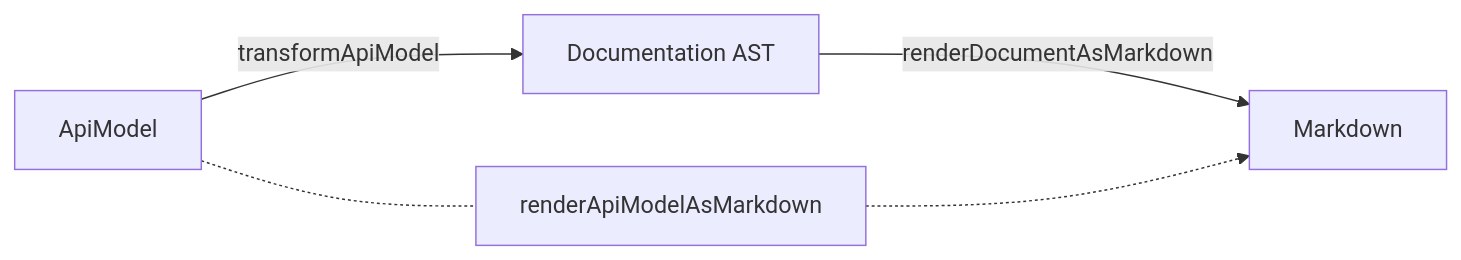
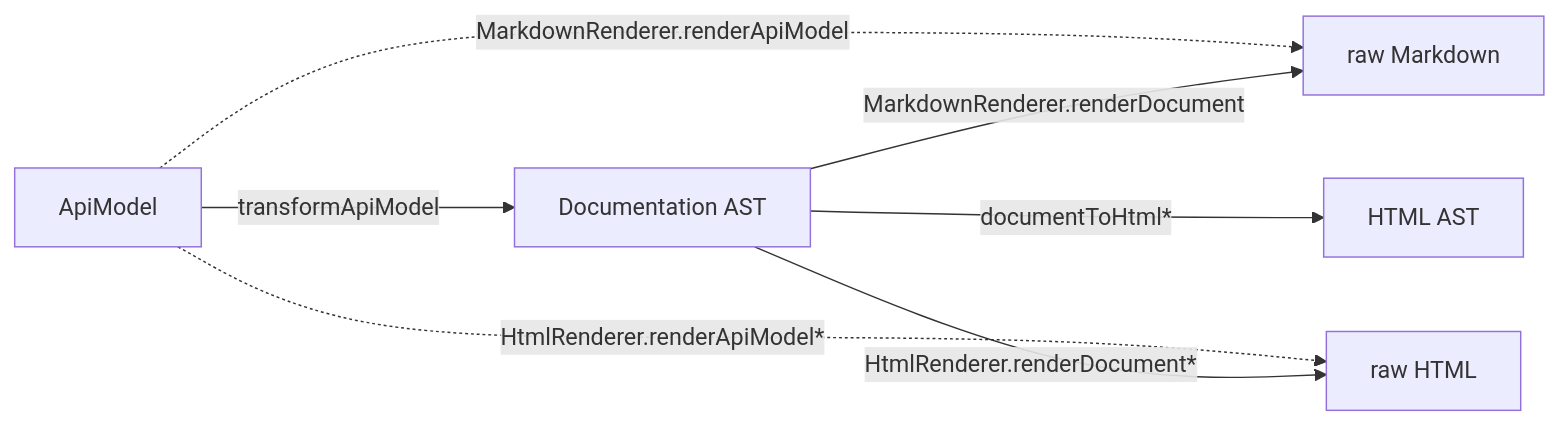
Before and after one commit to microsoft/FluidFramework: the diagram in tools/api-markdown-documenter/README.md, drawn with Mermaid. The commit also changed other lines of this file, not shown here.

Commit message:
docs: Update architecture diagram

````diff
--- a/tools/api-markdown-documenter/README.md
+++ b/tools/api-markdown-documenter/README.md
@@ -122,10 +122,16 @@
 ```mermaid
 graph LR
     A[ApiModel]
     B[Documentation AST]
-    C[Markdown]
+    C[raw Markdown]
+    D[raw HTML]
+    E[HTML AST]
 
-    A -- transformApiModel --> B
-    B -- renderDocumentAsMarkdown --> C
-    A -.- renderApiModelAsMarkdown -.-> C
+    A-->|transformApiModel|B
+    B-->|MarkdownRenderer.renderDocument|C
+    B-->|HtmlRenderer.renderDocument*|D
+    B-->|documentToHtml*|E
+
+    A-.->|MarkdownRenderer.renderApiModel|C
+    A-.->|HtmlRenderer.renderApiModel*|D
 ```
````
